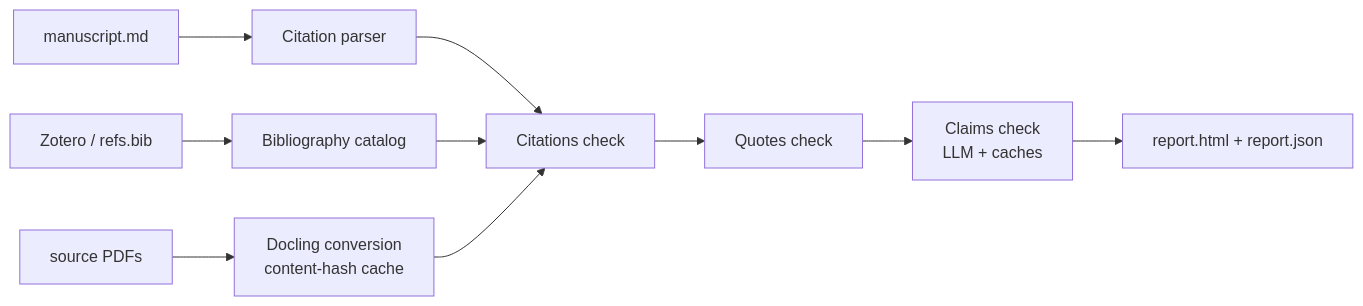
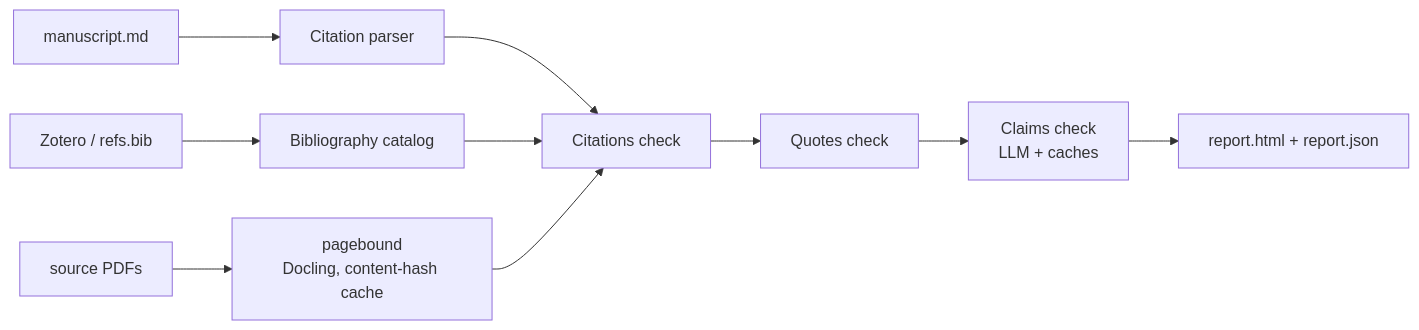
One commit to hearthresearch/citefact changed the diagram in README.md. Above: the diagram before and after it, drawn with Mermaid. The commit also changed other lines of this file and 14 other files, not shown here.

First line of the commit message:
feat: convert PDFs through pagebound, release 0.2.0

````diff
--- a/README.md
+++ b/README.md
@@ -64,12 +64,12 @@
 ```mermaid
 flowchart LR
     A[manuscript.md] --> D[Citation parser]
     B[Zotero / refs.bib] --> E[Bibliography catalog]
-    C[source PDFs] --> F[Docling conversion<br/>content-hash cache]
+    C[source PDFs] --> F[pagebound<br/>Docling, content-hash cache]
     D --> G[Citations check]
     E --> G
     F --> G
     G --> H[Quotes check]
     H --> I[Claims check<br/>LLM + caches]
     I --> J[report.html + report.json]
 ```
````
